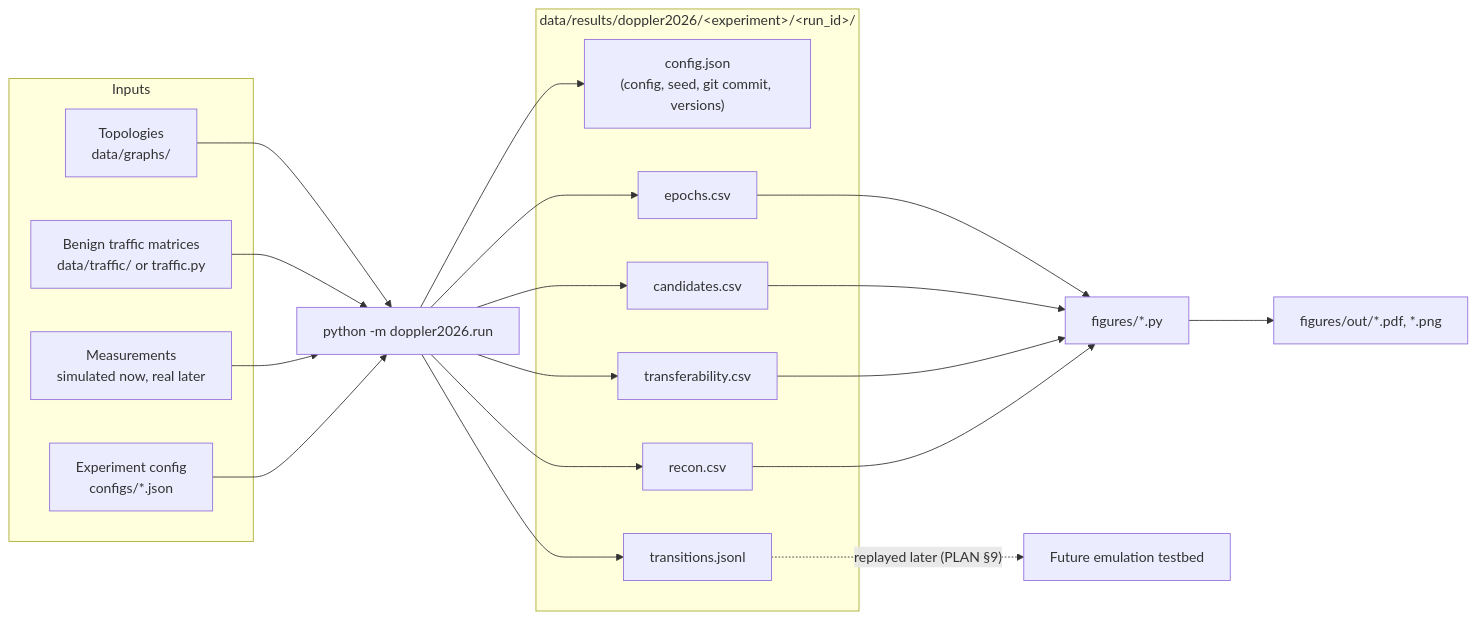
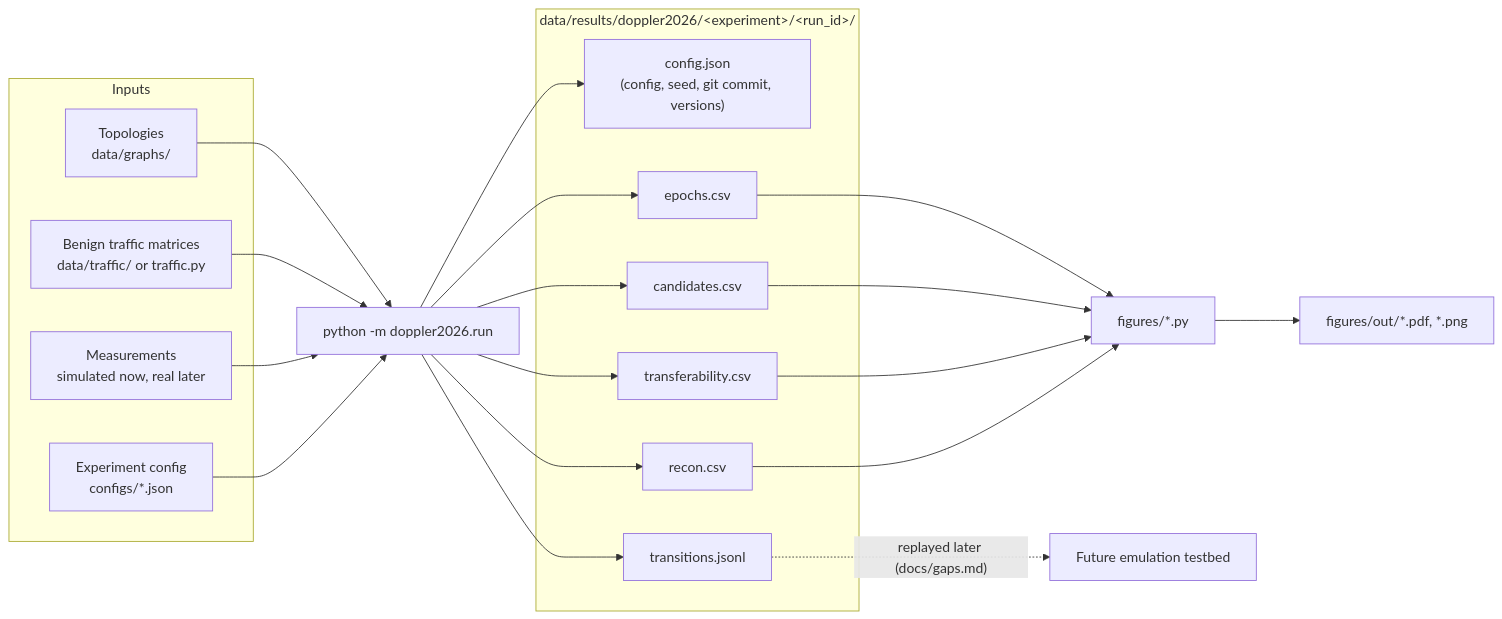
One commit to valkyorl/doppler-expansion-and-testing changed the diagram in doppler2026/docs/diagrams/data-flow.md. Above: the diagram before and after it, drawn with Mermaid. The commit also changed other lines of this file and 24 other files, not shown here.

````diff
--- a/doppler2026/docs/diagrams/data-flow.md
+++ b/doppler2026/docs/diagrams/data-flow.md
@@ -6,29 +6,29 @@
 ```mermaid
 flowchart LR
     subgraph in["Inputs"]
         topo["Topologies<br/>data/graphs/"]
         tm["Benign traffic matrices<br/>data/traffic/ or traffic.py"]
         meas["Measurements<br/>simulated now, real later"]
         cfg["Experiment config<br/>configs/*.json"]
     end
 
     runner["python -m doppler2026.run"]
 
     subgraph out["data/results/doppler2026/&lt;experiment&gt;/&lt;run_id&gt;/"]
         c["config.json<br/>(config, seed, git commit, versions)"]
         ep["epochs.csv"]
         ca["candidates.csv"]
         tf["transferability.csv"]
         rc["recon.csv"]
         tj["transitions.jsonl"]
     end
 
     figs["figures/*.py"]
     pdf["figures/out/*.pdf, *.png"]
     testbed["Future emulation testbed"]
 
     topo & tm & meas & cfg --> runner
     runner --> c & ep & ca & tf & rc & tj
     ep & ca & tf & rc --> figs --> pdf
-    tj -.->|"replayed later (PLAN §9)"| testbed
+    tj -.->|"replayed later (docs/gaps.md)"| testbed
 ```
````
